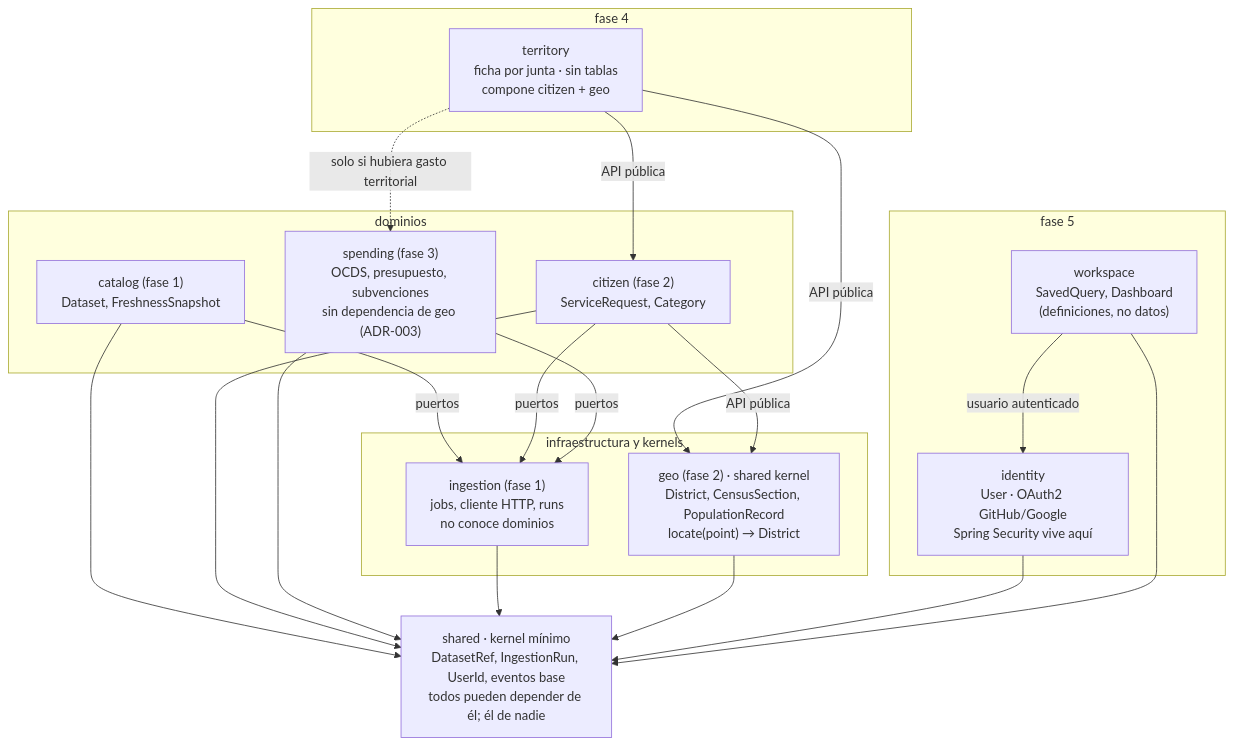
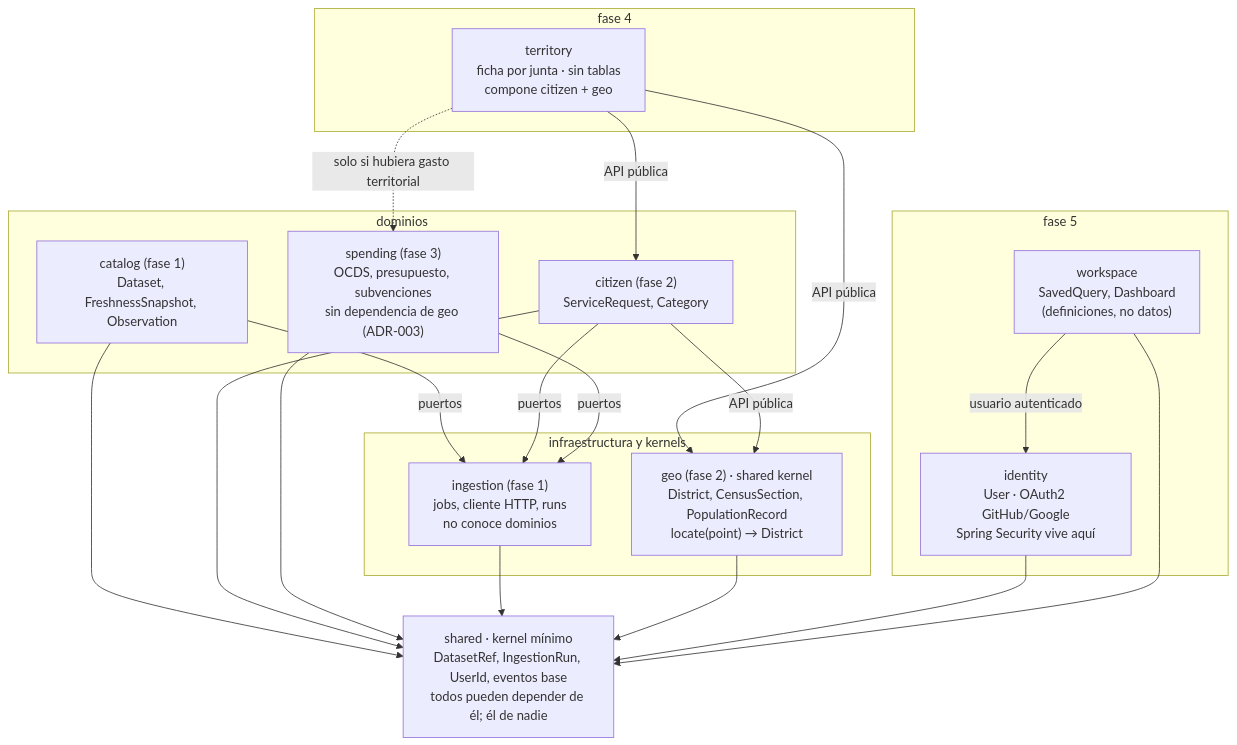
The second of 3 diagrams in docs/arquitectura.md (MarioNaya/zaragoza-observatorio), drawn with Mermaid before and after one commit. The commit also changed other lines of this file and 6 other files, not shown here.

````diff
--- a/docs/arquitectura.md
+++ b/docs/arquitectura.md
@@ -64,30 +64,30 @@
 ```mermaid
 flowchart TB
   subgraph F5["fase 5"]
     WS["workspace<br/>SavedQuery, Dashboard<br/>(definiciones, no datos)"]
     ID["identity<br/>User · OAuth2 GitHub/Google<br/>Spring Security vive aquí"]
   end
   subgraph F4["fase 4"]
     TER["territory<br/>ficha por junta · sin tablas<br/>compone citizen + geo"]
   end
   subgraph DOM["dominios"]
-    CATM["catalog (fase 1)<br/>Dataset, FreshnessSnapshot"]
+    CATM["catalog (fase 1)<br/>Dataset, FreshnessSnapshot, Observation"]
     CIT["citizen (fase 2)<br/>ServiceRequest, Category"]
     SPE["spending (fase 3)<br/>OCDS, presupuesto, subvenciones<br/>sin dependencia de geo (ADR-003)"]
   end
   subgraph INFRA["infraestructura y kernels"]
     INGM["ingestion (fase 1)<br/>jobs, cliente HTTP, runs<br/>no conoce dominios"]
     GEO["geo (fase 2) · shared kernel<br/>District, CensusSection, PopulationRecord<br/>locate(point) → District"]
   end
   SH["shared · kernel mínimo<br/>DatasetRef, IngestionRun, UserId, eventos base<br/>todos pueden depender de él; él de nadie"]
 
   WS -- "usuario autenticado" --> ID
   TER -- "API pública" --> CIT
   TER -- "API pública" --> GEO
   TER -. "solo si hubiera gasto territorial" .-> SPE
   CATM -- "puertos" --> INGM
   CIT -- "puertos" --> INGM
   SPE -- "puertos" --> INGM
   CIT -- "API pública" --> GEO
   CATM & CIT & SPE & INGM & GEO & ID & WS --> SH
 ```
````
